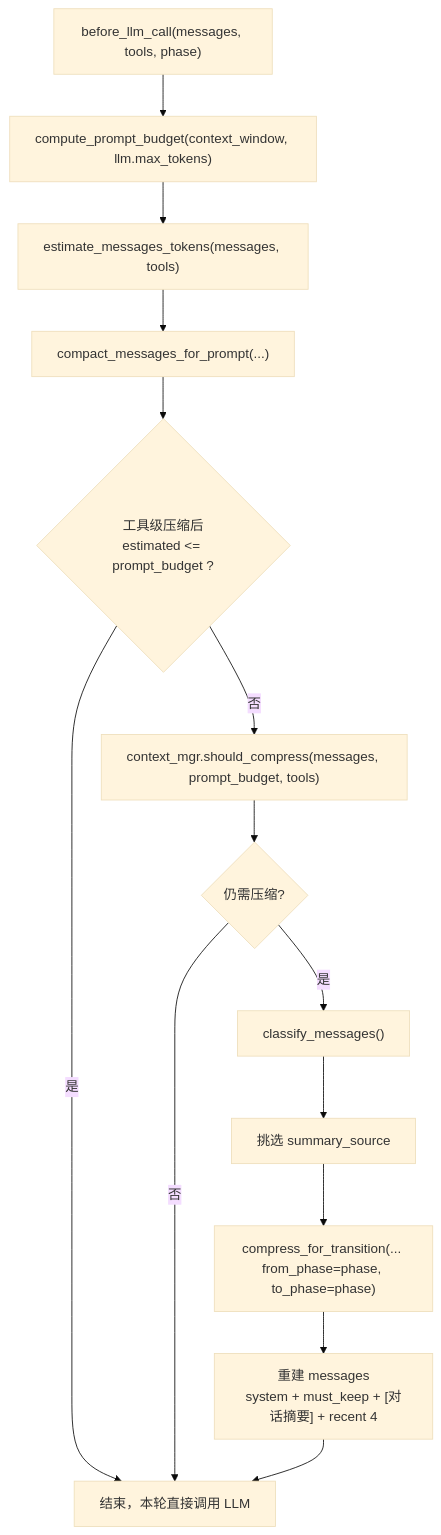
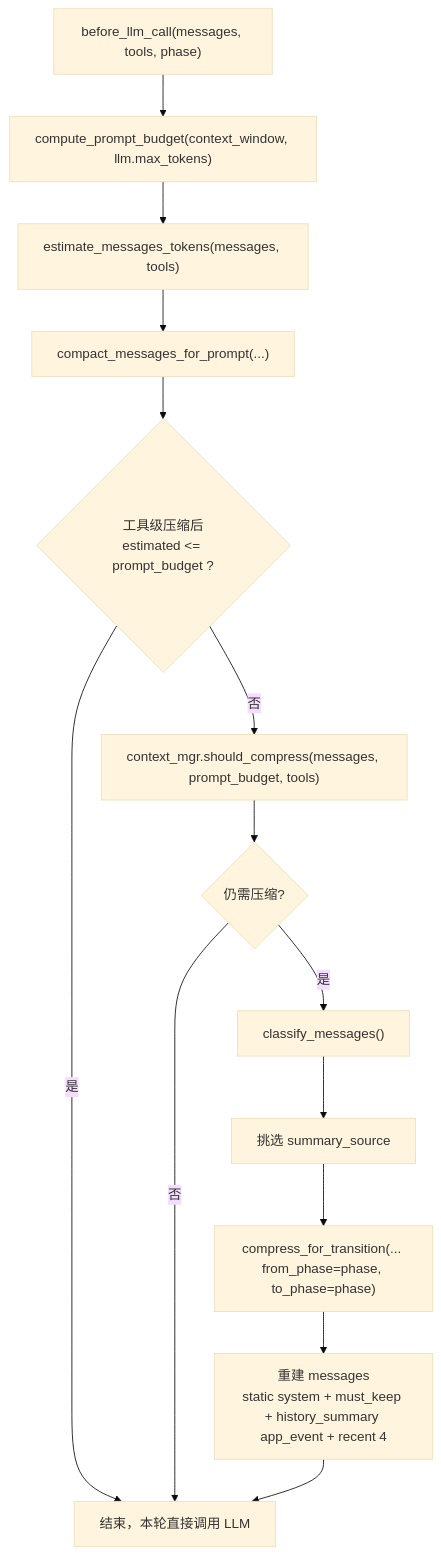
Before and after one commit to melonxi/travel_agent_pro: the second of 5 diagrams in docs/context-aware-compaction-implementation.md, drawn with Mermaid (base theme). The commit also changed other lines of this file and 6 other files, not shown here.

````diff
--- a/docs/context-aware-compaction-implementation.md
+++ b/docs/context-aware-compaction-implementation.md
@@ -233,16 +233,16 @@
 ```mermaid
 flowchart TD
     A["before_llm_call(messages, tools, phase)"] --> B["compute_prompt_budget(context_window, llm.max_tokens)"]
     B --> C["estimate_messages_tokens(messages, tools)"]
     C --> D["compact_messages_for_prompt(...)"]
     D --> E{"工具级压缩后<br/>estimated <= prompt_budget ?"}
     E -- 是 --> F["结束，本轮直接调用 LLM"]
     E -- 否 --> G["context_mgr.should_compress(messages, prompt_budget, tools)"]
     G --> H{"仍需压缩?"}
     H -- 否 --> F
     H -- 是 --> I["classify_messages()"]
     I --> J["挑选 summary_source"]
     J --> K["compress_for_transition(... from_phase=phase, to_phase=phase)"]
-    K --> L["重建 messages<br/>system + must_keep + [对话摘要] + recent 4"]
+    K --> L["重建 messages<br/>static system + must_keep + history_summary app_event + recent 4"]
     L --> F
 ```
````
